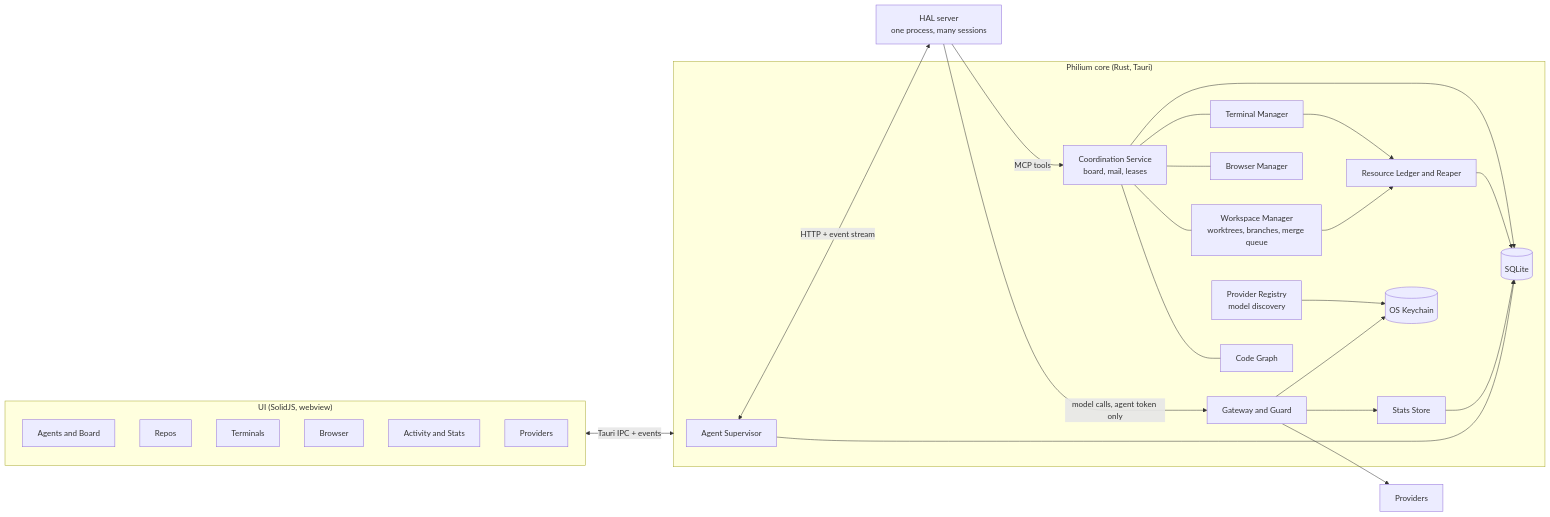
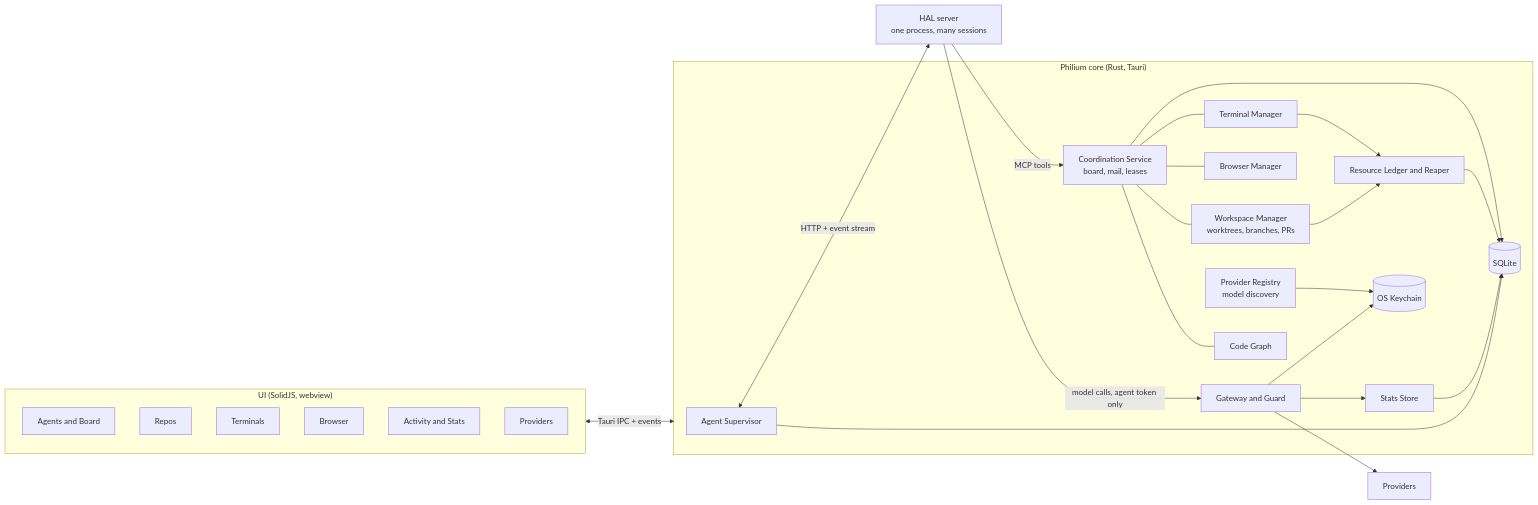
Before and after one commit to fimgu/philium: the first of 8 diagrams in docs/SPEC.md, drawn with Mermaid. The commit also changed other lines of this file, not shown here.

````diff
--- a/docs/SPEC.md
+++ b/docs/SPEC.md
@@ -61,48 +62,48 @@
 ```mermaid
 flowchart LR
   subgraph UI["UI (SolidJS, webview)"]
     V1[Agents and Board]
     V2[Repos]
     V3[Terminals]
     V4[Browser]
     V5[Activity and Stats]
     V6[Providers]
   end
 
   subgraph CORE["Philium core (Rust, Tauri)"]
     SUP[Agent Supervisor]
     COORD[Coordination Service<br/>board, mail, leases]
-    WS[Workspace Manager<br/>worktrees, branches, merge queue]
+    WS[Workspace Manager<br/>worktrees, branches, PRs]
     LED[Resource Ledger and Reaper]
     PTY[Terminal Manager]
     BRW[Browser Manager]
     GW[Gateway and Guard]
     PRV[Provider Registry<br/>model discovery]
     STATS[Stats Store]
     GRAPH[Code Graph]
     DB[(SQLite)]
     KC[(OS Keychain)]
   end
 
   HAL[HAL server<br/>one process, many sessions]
   P1[Providers]
 
   UI <-->|Tauri IPC + events| CORE
   SUP <-->|HTTP + event stream| HAL
   HAL -->|model calls, agent token only| GW
   GW --> P1
   HAL -->|MCP tools| COORD
   COORD --- PTY
   COORD --- BRW
   COORD --- GRAPH
   COORD --- WS
   PTY --> LED
   WS --> LED
   GW --> STATS
   PRV --> KC
   GW --> KC
   COORD --> DB
   LED --> DB
   STATS --> DB
   SUP --> DB
 ```
````
